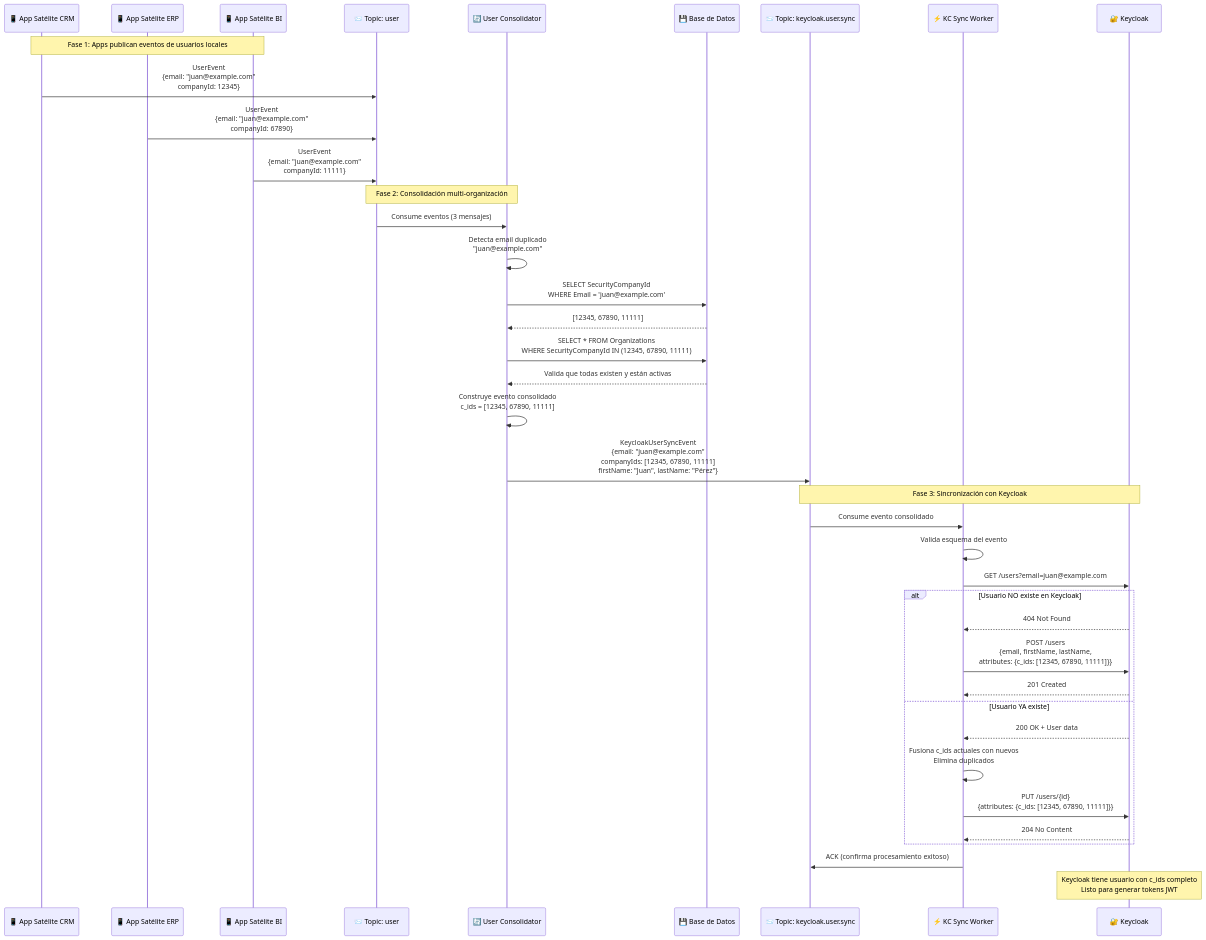
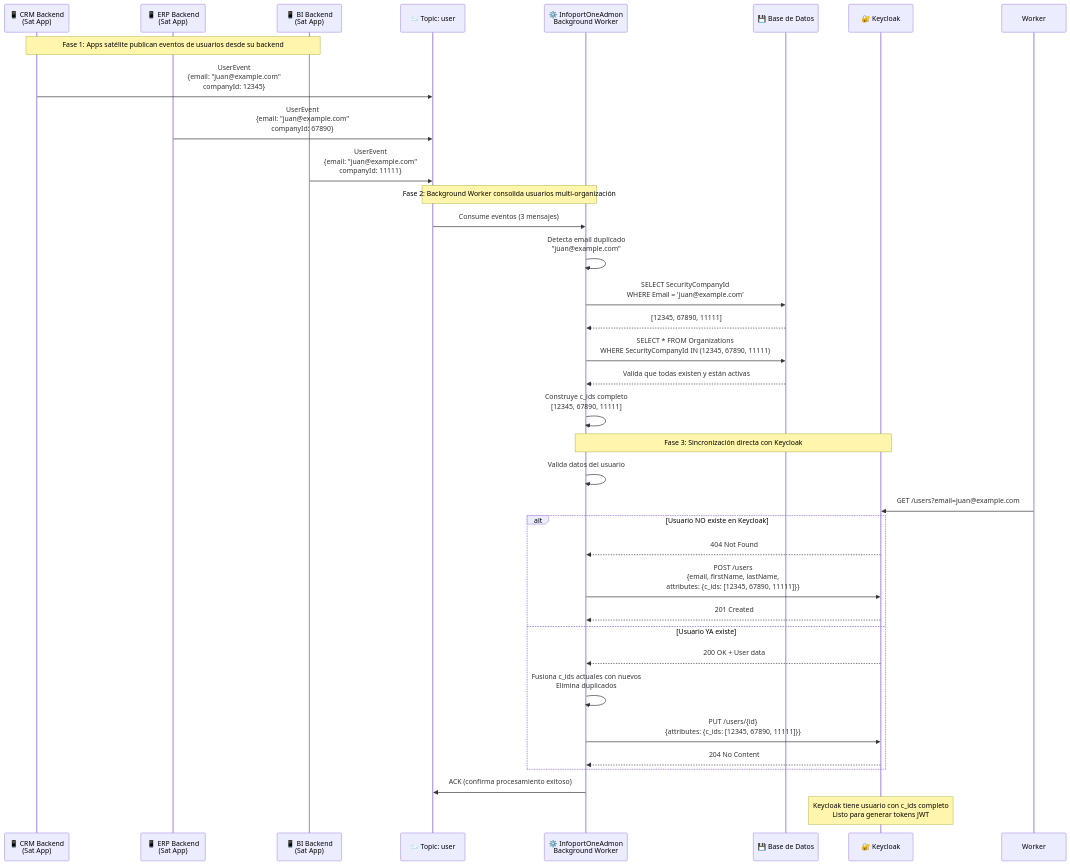
One commit to malbert-infoport/AI4Devs changed the fourth of 7 diagrams in readme.md. Above: the diagram before and after it, drawn with Mermaid. The commit also changed other lines of this file, not shown here.

Commit message:
Se elimina el evento user_sync ya que directamente InfoportOne ya realiza la sincronización

````diff
--- a/readme.md
+++ b/readme.md
@@ -1004,55 +946,50 @@
 ```mermaid
 sequenceDiagram
-    participant CRM as 📱 App Satélite CRM
-    participant ERP as 📱 App Satélite ERP
-    participant BI as 📱 App Satélite BI
+    participant CRM as 📱 CRM Backend<br/>(Sat App)
+    participant ERP as 📱 ERP Backend<br/>(Sat App)
+    participant BI as 📱 BI Backend<br/>(Sat App)
     participant TopicUser as 📨 Topic: user
-    participant Consolidator as 🔄 User Consolidator
+    participant BGWorker as ⚙️ InfoportOneAdmon<br/>Background Worker
     participant DB as 💾 Base de Datos
-    participant TopicSync as 📨 Topic: keycloak.user.sync
-    participant Worker as ⚡ KC Sync Worker
     participant KC as 🔐 Keycloak
 
-    Note over CRM,BI: Fase 1: Apps publican eventos de usuarios locales
+    Note over CRM,BI: Fase 1: Apps satélite publican eventos de usuarios desde su backend
     
     CRM->>TopicUser: UserEvent<br/>{email: "juan@example.com"<br/>companyId: 12345}
     ERP->>TopicUser: UserEvent<br/>{email: "juan@example.com"<br/>companyId: 67890}
     BI->>TopicUser: UserEvent<br/>{email: "juan@example.com"<br/>companyId: 11111}
     
-    Note over TopicUser,Consolidator: Fase 2: Consolidación multi-organización
+    Note over TopicUser,BGWorker: Fase 2: Background Worker consolida usuarios multi-organización
     
-    TopicUser->>Consolidator: Consume eventos (3 mensajes)
-    Consolidator->>Consolidator: Detecta email duplicado<br/>"juan@example.com"
+    TopicUser->>BGWorker: Consume eventos (3 mensajes)
+    BGWorker->>BGWorker: Detecta email duplicado<br/>"juan@example.com"
     
-    Consolidator->>DB: SELECT SecurityCompanyId<br/>WHERE Email = 'juan@example.com'
-    DB-->>Consolidator: [12345, 67890, 11111]
+    BGWorker->>DB: SELECT SecurityCompanyId<br/>WHERE Email = 'juan@example.com'
+    DB-->>BGWorker: [12345, 67890, 11111]
     
-    Consolidator->>DB: SELECT * FROM Organizations<br/>WHERE SecurityCompanyId IN (12345, 67890, 11111)
-    DB-->>Consolidator: Valida que todas existen y están activas
+    BGWorker->>DB: SELECT * FROM Organizations<br/>WHERE SecurityCompanyId IN (12345, 67890, 11111)
+    DB-->>BGWorker: Valida que todas existen y están activas
     
-    Consolidator->>Consolidator: Construye evento consolidado<br/>c_ids = [12345, 67890, 11111]
+    BGWorker->>BGWorker: Construye c_ids completo<br/>[12345, 67890, 11111]
     
-    Consolidator->>TopicSync: KeycloakUserSyncEvent<br/>{email: "juan@example.com"<br/>companyIds: [12345, 67890, 11111]<br/>firstName: "Juan", lastName: "Pérez"}
+    Note over BGWorker,KC: Fase 3: Sincronización directa con Keycloak
     
-    Note over TopicSync,KC: Fase 3: Sincronización con Keycloak
-    
-    TopicSync->>Worker: Consume evento consolidado
-    Worker->>Worker: Valida esquema del evento
+    BGWorker->>BGWorker: Valida datos del usuario
     
     Worker->>KC: GET /users?email=juan@example.com
     
     alt Usuario NO existe en Keycloak
-        KC-->>Worker: 404 Not Found
-        Worker->>KC: POST /users<br/>{email, firstName, lastName,<br/>attributes: {c_ids: [12345, 67890, 11111]}}
-        KC-->>Worker: 201 Created
+        KC-->>BGWorker: 404 Not Found
+        BGWorker->>KC: POST /users<br/>{email, firstName, lastName,<br/>attributes: {c_ids: [12345, 67890, 11111]}}
+        KC-->>BGWorker: 201 Created
     else Usuario YA existe
-        KC-->>Worker: 200 OK + User data
-        Worker->>Worker: Fusiona c_ids actuales con nuevos<br/>Elimina duplicados
-        Worker->>KC: PUT /users/{id}<br/>{attributes: {c_ids: [12345, 67890, 11111]}}
-        KC-->>Worker: 204 No Content
+        KC-->>BGWorker: 200 OK + User data
+        BGWorker->>BGWorker: Fusiona c_ids actuales con nuevos<br/>Elimina duplicados
+        BGWorker->>KC: PUT /users/{id}<br/>{attributes: {c_ids: [12345, 67890, 11111]}}
+        KC-->>BGWorker: 204 No Content
     end
     
-    Worker->>TopicSync: ACK (confirma procesamiento exitoso)
+    BGWorker->>TopicUser: ACK (confirma procesamiento exitoso)
     
     Note over KC: Keycloak tiene usuario con c_ids completo<br/>Listo para generar tokens JWT
 ```
````
